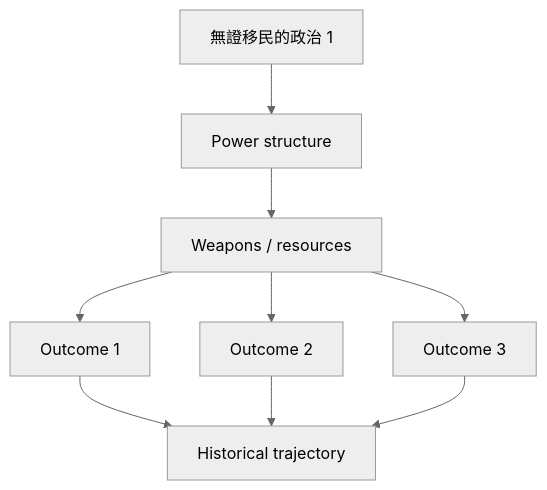
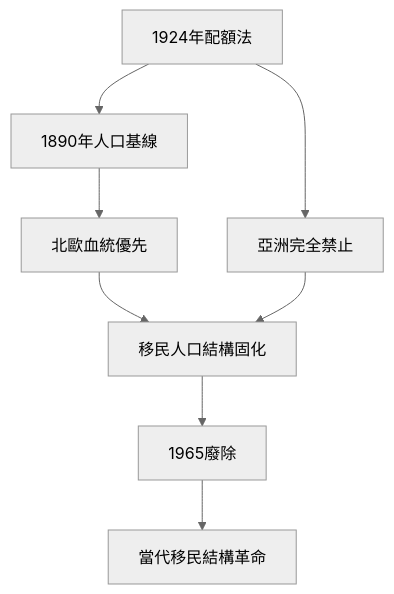
The third of 10 diagrams in 02_Harvard_Courses/Fall_Courses/Hist23_Immigration_Law.md (yip-lgtm/HKU-Harvard-History-Self-Study), drawn with Mermaid (neutral theme) before and after one commit. The commit also changed other lines of this file and 65 other files, not shown here.

````diff
--- a/02_Harvard_Courses/Fall_Courses/Hist23_Immigration_Law.md
+++ b/02_Harvard_Courses/Fall_Courses/Hist23_Immigration_Law.md
@@ -185,11 +175,10 @@
 ```mermaid
 graph TD
-    A[無證移民的政治 1] --> B[Power structure]
-    B --> C[Weapons / resources]
-    C --> D[Outcome 1]
-    C --> E[Outcome 2]
-    C --> F[Outcome 3]
-    D --> G[Historical trajectory]
-    E --> G
-    F --> G
+    A[1924年配額法] --> B[1890年人口基線]
+    B --> C[北歐血統優先]
+    A --> D[亞洲完全禁止]
+    C --> E[移民人口結構固化]
+    D --> E
+    E --> F[1965廢除]
+    F --> G[當代移民結構革命]
 ```
````
